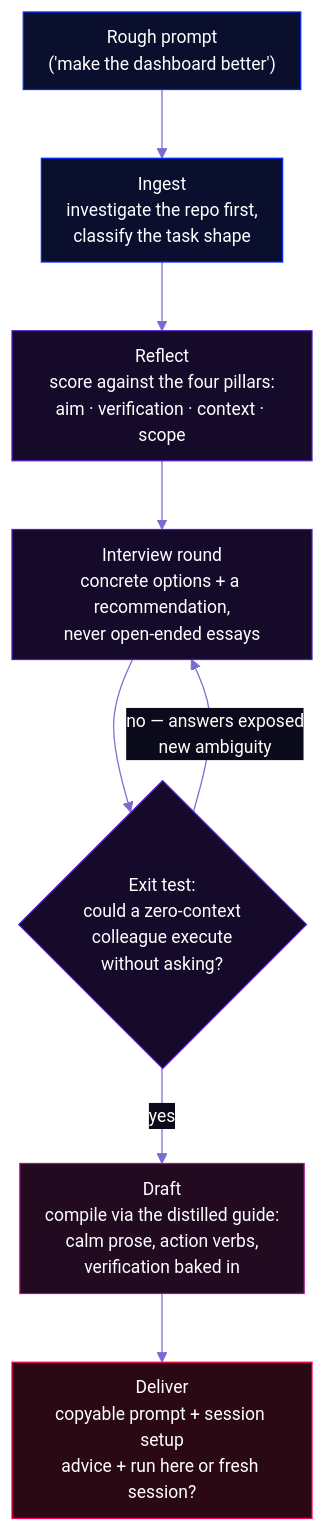
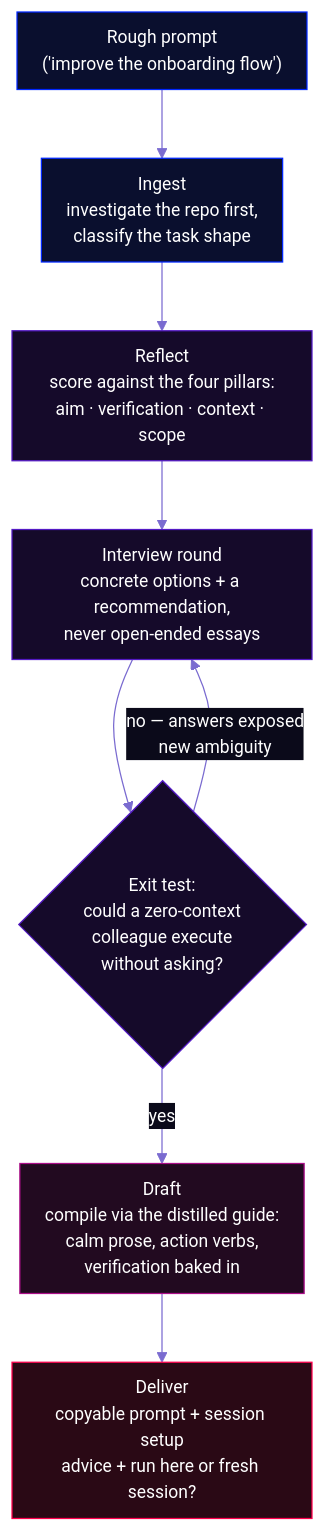
Before and after one commit to yungbose/fable-promptify: the first of 2 diagrams in README.md, drawn with Mermaid. The commit also changed other lines of this file and 1 other file, not shown here.

Commit message:
readme+test: generic example (improve the onboarding flow) instead of project-specific one

````diff
--- a/README.md
+++ b/README.md
@@ -33,20 +33,20 @@
 ```mermaid
 %%{init: {'theme':'base','themeVariables':{'fontFamily':'ui-sans-serif, -apple-system, system-ui, sans-serif','fontSize':'14px','primaryColor':'#141026','primaryTextColor':'#FFFFFF','primaryBorderColor':'#541AC4','lineColor':'#7A6BD0','textColor':'#E5E7EB','edgeLabelBackground':'#0B0A1A','clusterBkg':'#120A24','clusterBorder':'#3A2A6A'},'flowchart':{'curve':'basis','nodeSpacing':50,'rankSpacing':55,'padding':10}}}%%
 flowchart TD
-    A["Rough prompt\n('make the dashboard better')"] --> B["Ingest\ninvestigate the repo first,\nclassify the task shape"]
+    A["Rough prompt\n('improve the onboarding flow')"] --> B["Ingest\ninvestigate the repo first,\nclassify the task shape"]
     B --> C["Reflect\nscore against the four pillars:\naim · verification · context · scope"]
     C --> D["Interview round\nconcrete options + a recommendation,\nnever open-ended essays"]
     D --> E{"Exit test:\ncould a zero-context\ncolleague execute\nwithout asking?"}
     E -- "no — answers exposed\nnew ambiguity" --> D
     E -- yes --> F["Draft\ncompile via the distilled guide:\ncalm prose, action verbs,\nverification baked in"]
     F --> G["Deliver\ncopyable prompt + session setup\nadvice + run here or fresh session?"]
 
     classDef g0 fill:#0A0F2E,stroke:#0027FF,color:#FFFFFF
     classDef g1 fill:#150A2A,stroke:#541AC4,color:#FFFFFF
     classDef g2 fill:#220A20,stroke:#AB0D88,color:#FFFFFF
     classDef g3 fill:#2A0915,stroke:#FF004D,color:#FFFFFF
     class A,B g0
     class C,D,E g1
     class F g2
     class G g3
 ```
````
